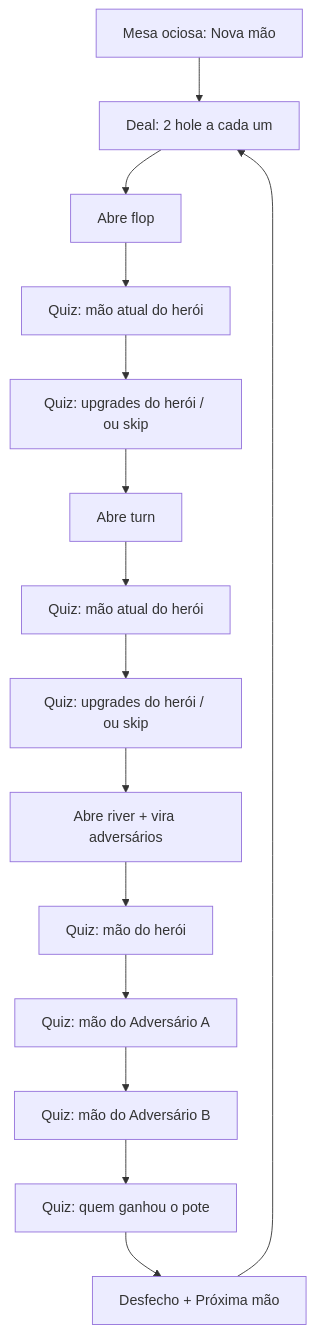
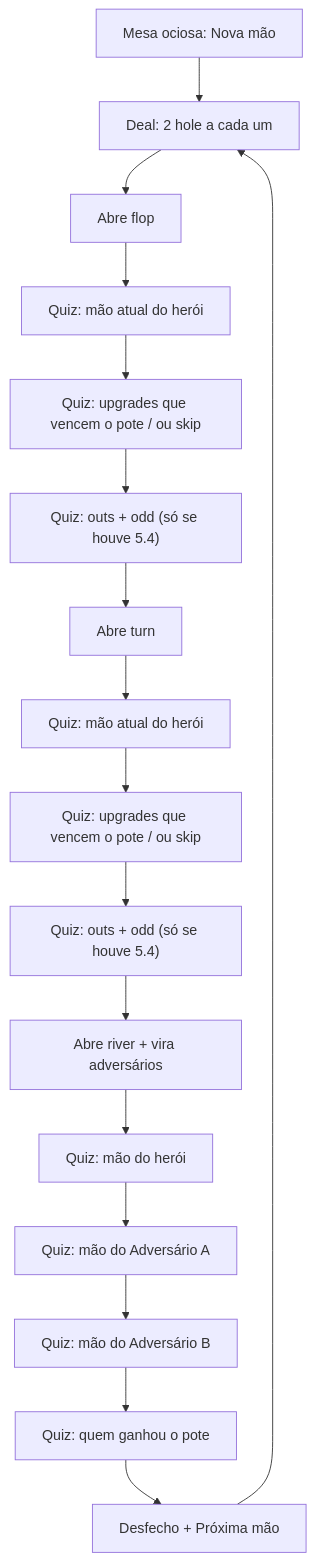
Before and after one commit to samaronesalles/poker-trainer: the diagram in docs/prd.md, drawn with Mermaid. The commit also changed other lines of this file and 8 other files, not shown here.

````diff
--- a/docs/prd.md
+++ b/docs/prd.md
@@ -66,18 +68,20 @@
 ```mermaid
 flowchart TD
   idle[Mesa ociosa: Nova mão]
   deal[Deal: 2 hole a cada um]
   flopOpen[Abre flop]
   qHeroFlop["Quiz: mão atual do herói"]
-  qUpFlop["Quiz: upgrades do herói / ou skip"]
+  qUpFlop["Quiz: upgrades que vencem o pote / ou skip"]
+  qOutsFlop["Quiz: outs + odd (só se houve 5.4)"]
   turnOpen[Abre turn]
   qHeroTurn["Quiz: mão atual do herói"]
-  qUpTurn["Quiz: upgrades do herói / ou skip"]
+  qUpTurn["Quiz: upgrades que vencem o pote / ou skip"]
+  qOutsTurn["Quiz: outs + odd (só se houve 5.4)"]
   riverOpen[Abre river + vira adversários]
   qHeroRiver["Quiz: mão do herói"]
   qA["Quiz: mão do Adversário A"]
   qB["Quiz: mão do Adversário B"]
   qWin["Quiz: quem ganhou o pote"]
   result[Desfecho + Próxima mão]
-  idle --> deal --> flopOpen --> qHeroFlop --> qUpFlop --> turnOpen --> qHeroTurn --> qUpTurn --> riverOpen --> qHeroRiver --> qA --> qB --> qWin --> result --> deal
+  idle --> deal --> flopOpen --> qHeroFlop --> qUpFlop --> qOutsFlop --> turnOpen --> qHeroTurn --> qUpTurn --> qOutsTurn --> riverOpen --> qHeroRiver --> qA --> qB --> qWin --> result --> deal
 ```
````
